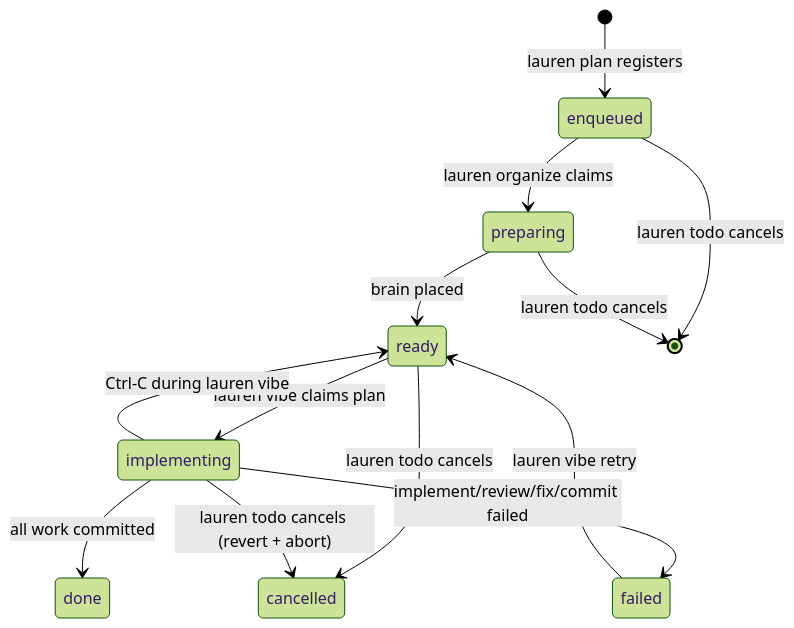
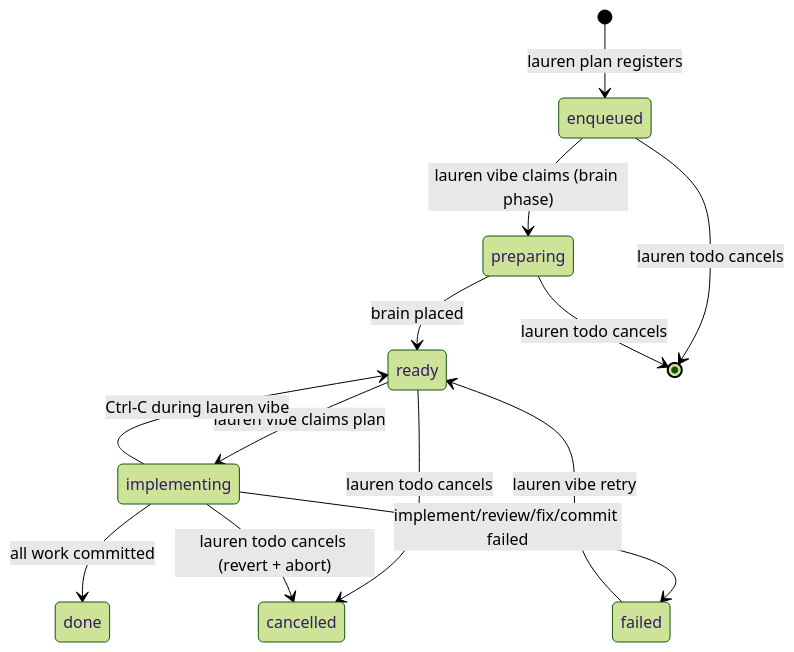
One commit to ofux/lauren changed the second of 3 diagrams in README.md. Above: the diagram before and after it, drawn with Mermaid (forest theme). The commit also changed other lines of this file and 28 other files, not shown here.

````diff
--- a/README.md
+++ b/README.md
@@ -132,15 +133,15 @@
 ```mermaid
 stateDiagram-v2
   [*] --> enqueued: lauren plan registers
-  enqueued --> preparing: lauren organize claims
+  enqueued --> preparing: lauren vibe claims (brain phase)
   preparing --> ready: brain placed
   ready --> implementing: lauren vibe claims plan
   implementing --> done: all work committed
   implementing --> failed: implement/review/fix/commit failed
   failed --> ready: lauren vibe retry <slug>
   implementing --> ready: Ctrl-C during lauren vibe
   enqueued --> [*]: lauren todo cancels
   preparing --> [*]: lauren todo cancels
   ready --> cancelled: lauren todo cancels
   implementing --> cancelled: lauren todo cancels (revert + abort)
 ```
````
